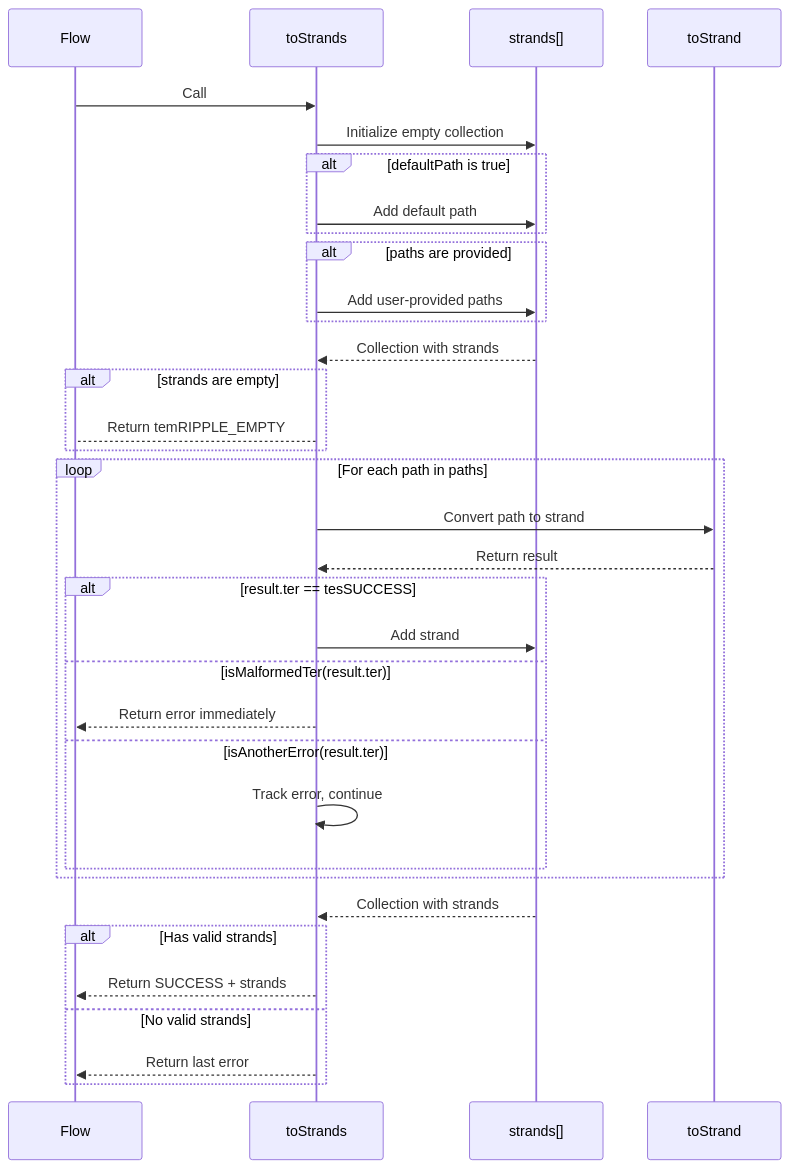
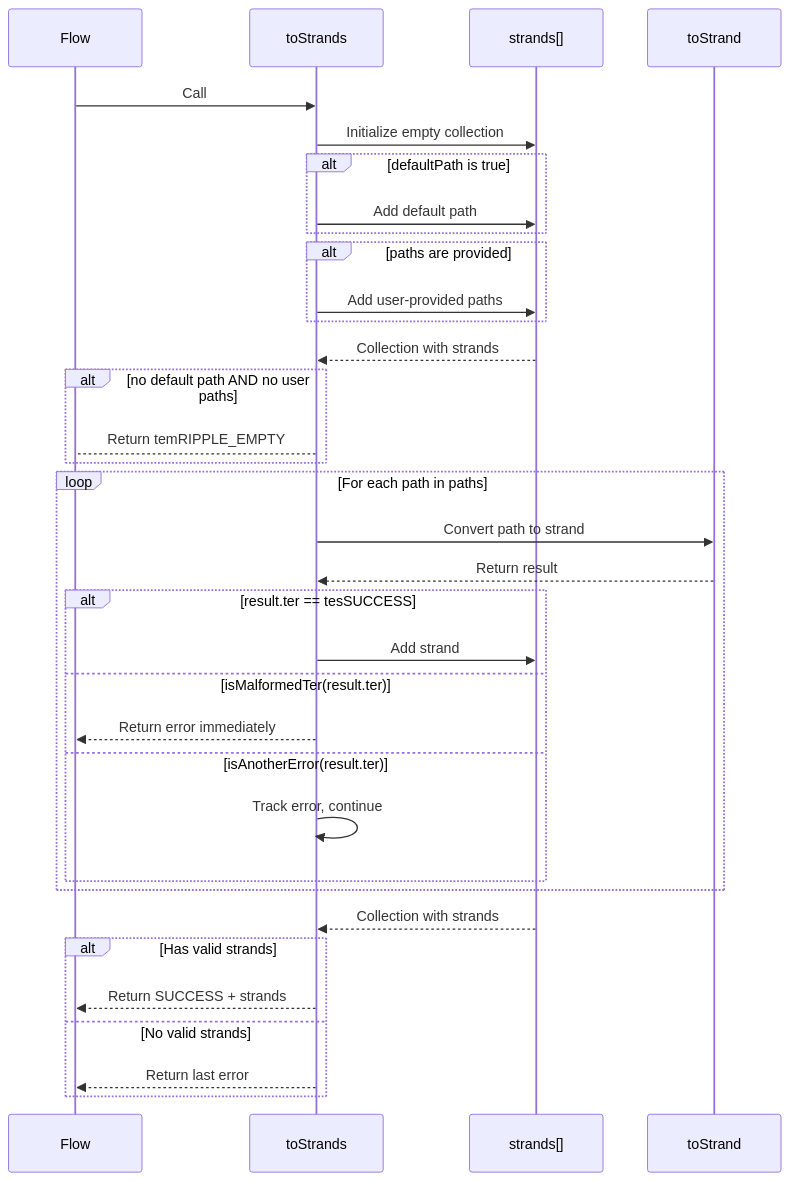
One commit to commonprefix/payment-system-docs changed the third of 12 diagrams in docs/flow/README.md. Above: the diagram before and after it, drawn with Mermaid. The commit also changed other lines of this file and 2 other files, not shown here.

Commit message:
Flow renamings, factual corrections

````diff
--- a/docs/flow/README.md
+++ b/docs/flow/README.md
@@ -536,38 +538,38 @@
 ```mermaid
 sequenceDiagram
     participant Caller as Flow
     participant toStrands
     participant Strands as strands[]
     participant toStrand
     
     Caller->>toStrands: Call
     toStrands->>Strands: Initialize empty collection
     alt defaultPath is true
         toStrands->>Strands: Add default path
     end
     alt paths are provided
         toStrands->>Strands: Add user-provided paths
     end
     Strands-->>toStrands: Collection with strands
-    alt strands are empty
+    alt no default path AND no user paths
         toStrands-->Caller: Return temRIPPLE_EMPTY
     end        
     loop For each path in paths
         toStrands->>toStrand: Convert path to strand
         toStrand-->>toStrands: Return result
         alt result.ter == tesSUCCESS
             toStrands->>Strands: Add strand
         else isMalformedTer(result.ter)
             toStrands-->>Caller: Return error immediately
         else isAnotherError(result.ter)
             toStrands->>toStrands: Track error, continue
         end
     end
     Strands-->>toStrands: Collection with strands
 
     alt Has valid strands
         toStrands-->>Caller: Return SUCCESS + strands
     else No valid strands
         toStrands-->>Caller: Return last error
     end
 ```
````
